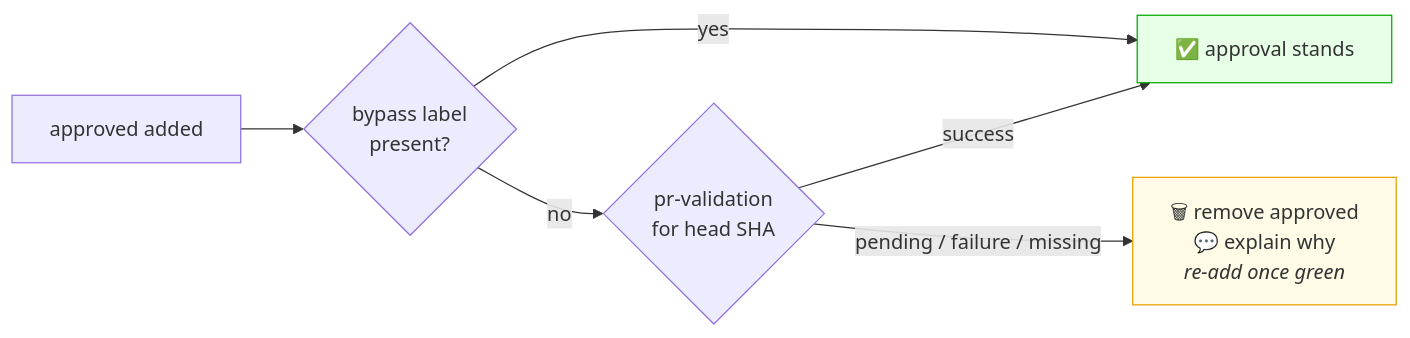
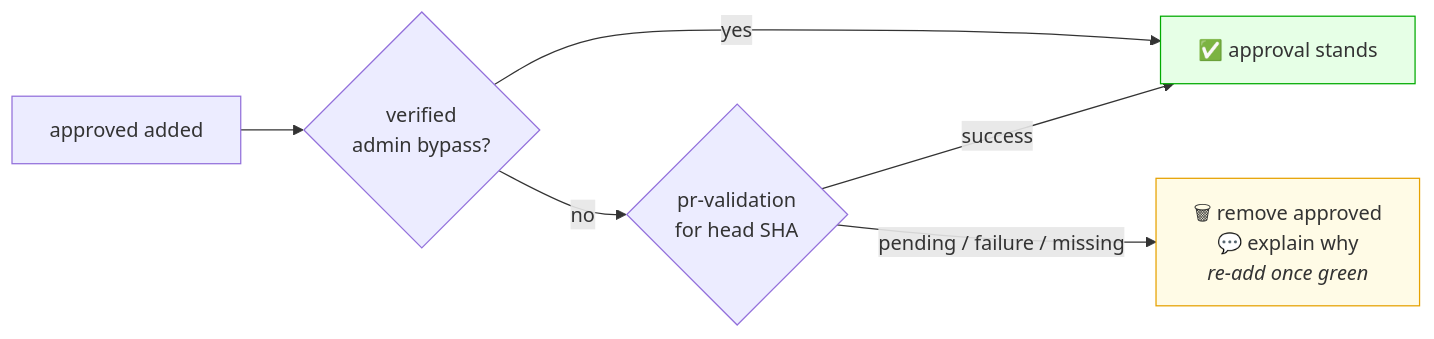
One commit to muraliseelam/sfdx-pipeline-actions changed the seventh of 10 diagrams in docs/Product_Documentation.md. Above: the diagram before and after it, drawn with Mermaid. The commit also changed other lines of this file and 5 other files, not shown here.

````diff
--- a/docs/Product_Documentation.md
+++ b/docs/Product_Documentation.md
@@ -549,11 +712,11 @@
 ```mermaid
 flowchart LR
-    L["approved added"] --> BP{"bypass label<br/>present?"}
+    L["approved added"] --> BP{"verified<br/>admin bypass?"}
     BP -->|yes| OK["✅ approval stands"]
     BP -->|no| ST{"pr-validation<br/>for head SHA"}
     ST -->|success| OK
     ST -->|pending / failure / missing| RM["🗑 remove approved<br/>💬 explain why<br/><i>re-add once green</i>"]
 
     style OK fill:#e6ffe6,stroke:#0a0
     style RM fill:#fffbe6,stroke:#e6a100
 ```
````
